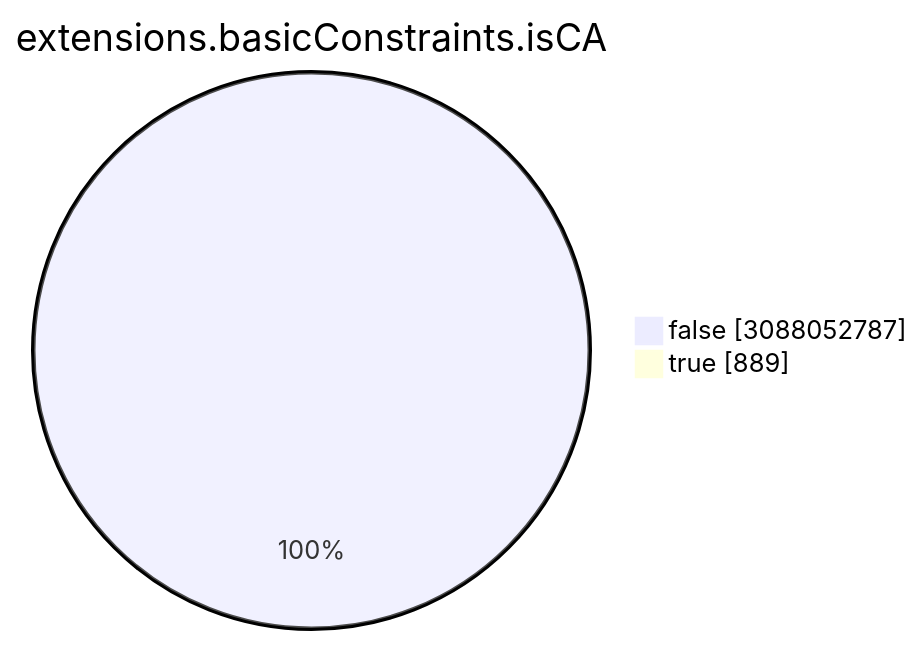
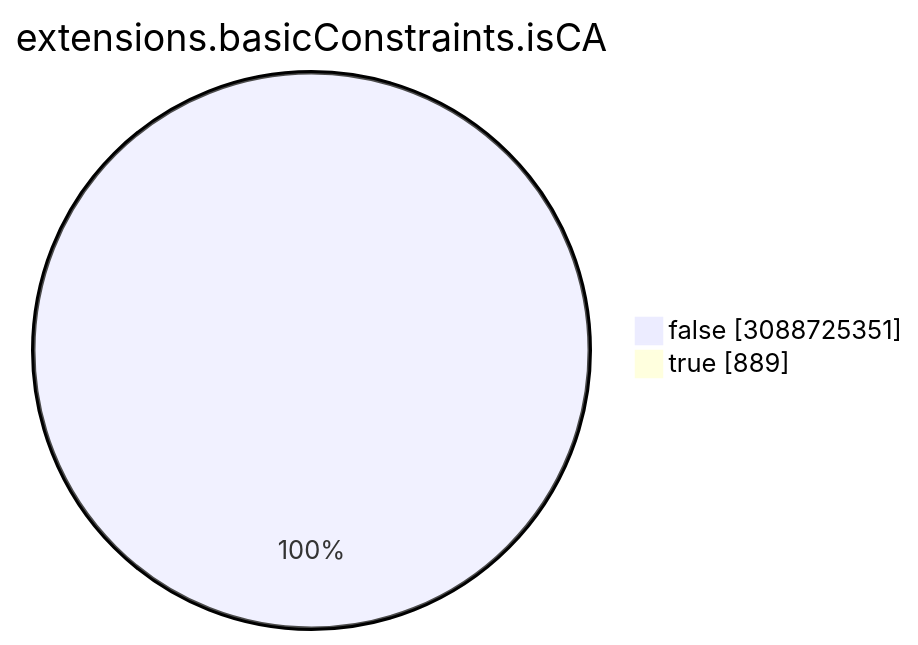
Before and after one commit to christiankrug/ctmonitor_visualization: the seventh of 15 diagrams in TOTAL/README.md, drawn with Mermaid. The commit also changed other lines of this file, not shown here.

````diff
--- a/TOTAL/README.md
+++ b/TOTAL/README.md
@@ -3086,6 +3086,6 @@
 ```mermaid
 pie showData
 title extensions.basicConstraints.isCA
-"false" :3088052787
+"false" :3088725351
 "true" :889
 ```
````
